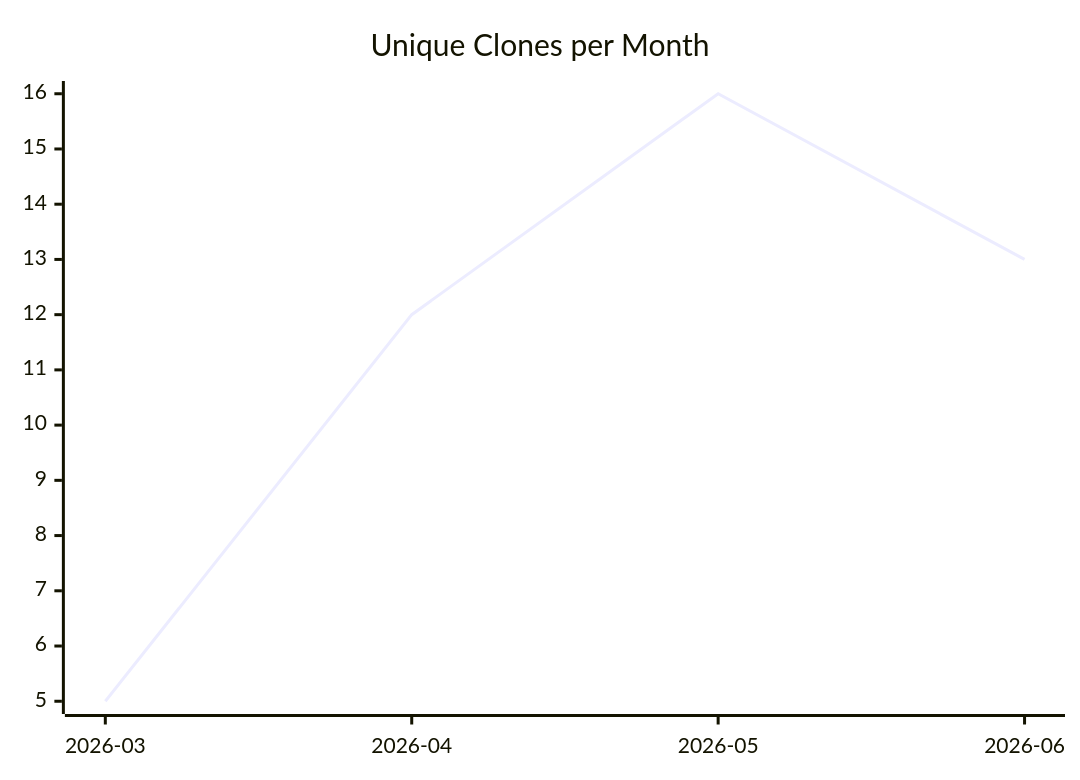
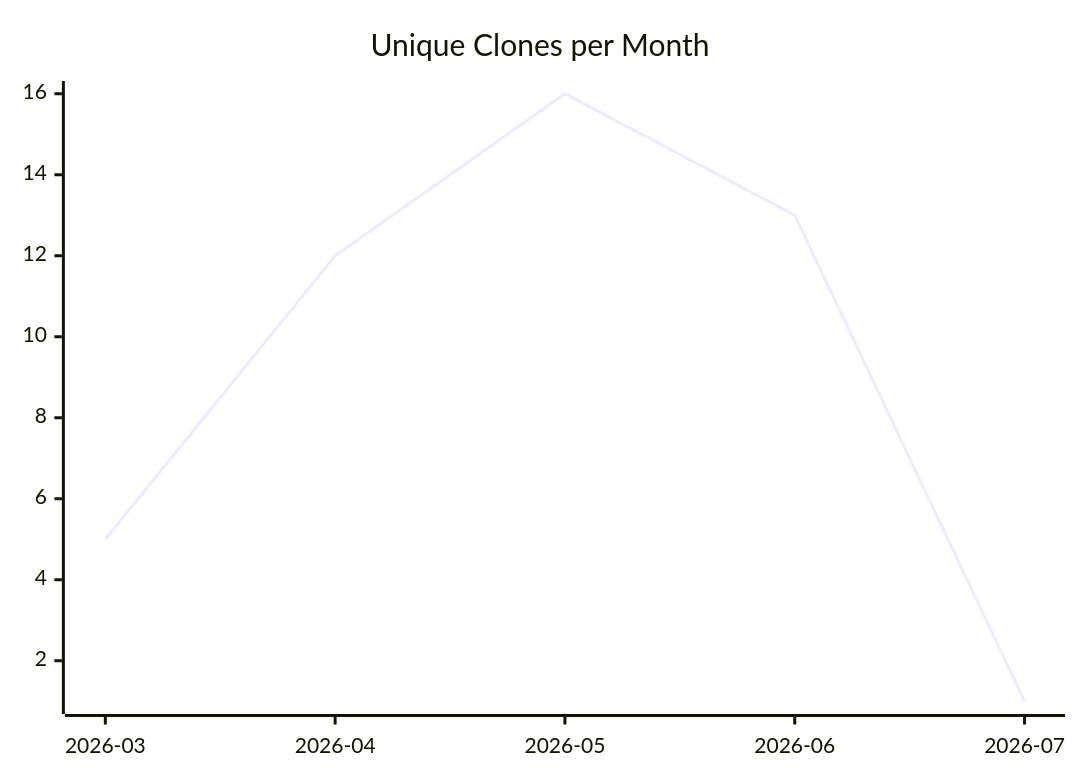
One commit to justdavis-family/github-analytics-data changed the third of 3 diagrams in karlmdavis/justdavis-karl/README.md. Above: the diagram before and after it, drawn with Mermaid. The commit also changed other lines of this file and 199 other files, not shown here.

````diff
--- a/karlmdavis/justdavis-karl/README.md
+++ b/karlmdavis/justdavis-karl/README.md
@@ -19,6 +19,6 @@
 ```mermaid
 xychart-beta
   title "Unique Clones per Month"
-  x-axis ["2026-03", "2026-04", "2026-05", "2026-06"]
-  line [5, 12, 16, 13]
+  x-axis ["2026-03", "2026-04", "2026-05", "2026-06", "2026-07"]
+  line [5, 12, 16, 13, 1]
 ```
````
